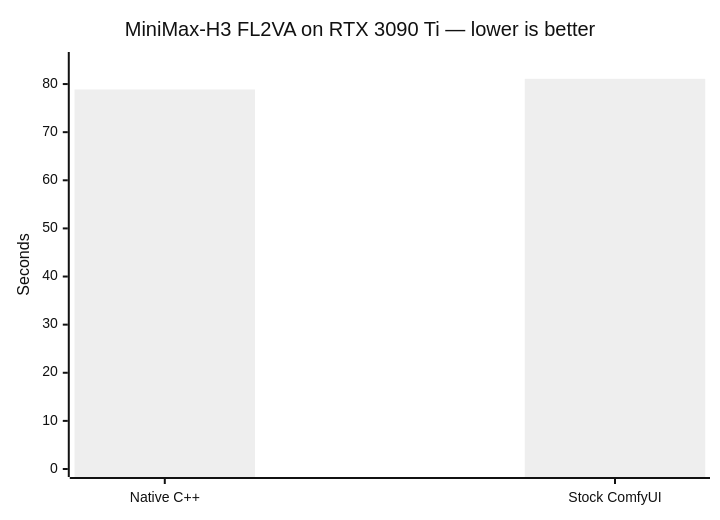
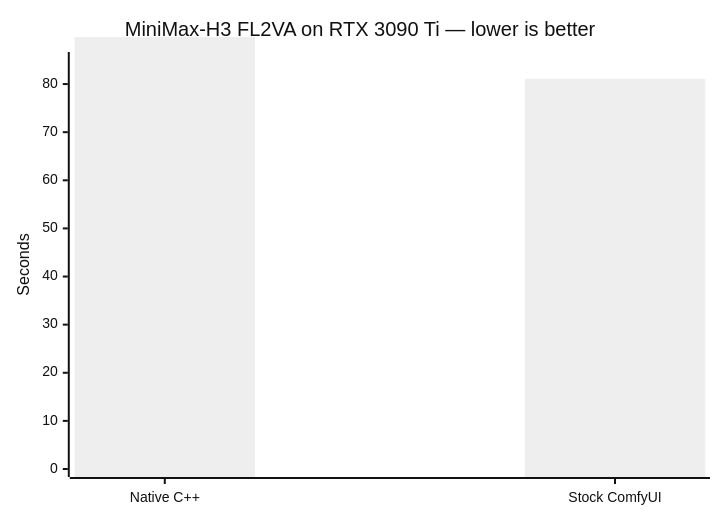
The third of 3 diagrams in PERFORMANCE.md (CodeAlexx/diffusion-compiler), drawn with Mermaid (neutral theme) before and after one commit. The commit also changed other lines of this file and 2 other files, not shown here.

````diff
--- a/PERFORMANCE.md
+++ b/PERFORMANCE.md
@@ -41,7 +41,7 @@
 ```mermaid
 xychart-beta
     title "MiniMax-H3 FL2VA on RTX 3090 Ti — lower is better"
     x-axis ["Native C++", "Stock ComfyUI"]
     y-axis "Seconds" 0 --> 85
-    bar [78.88, 81.095]
+    bar [89.77, 81.095]
 ```
````
